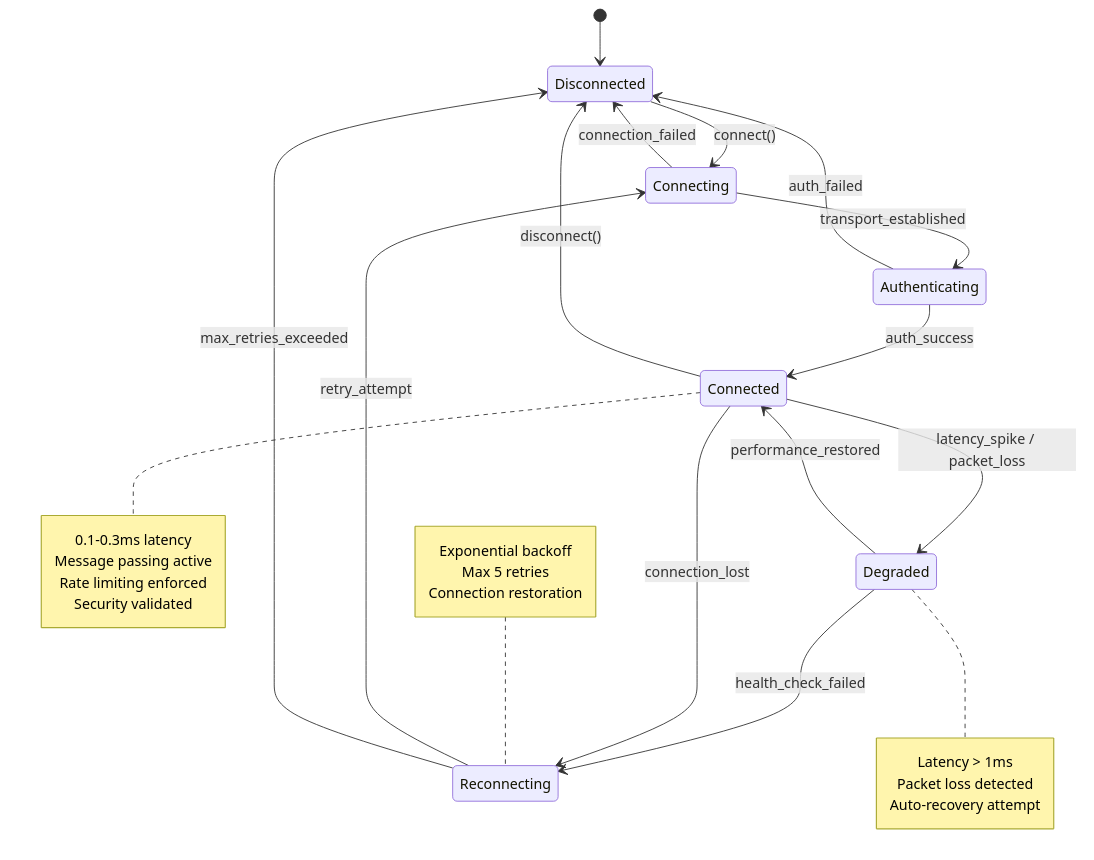
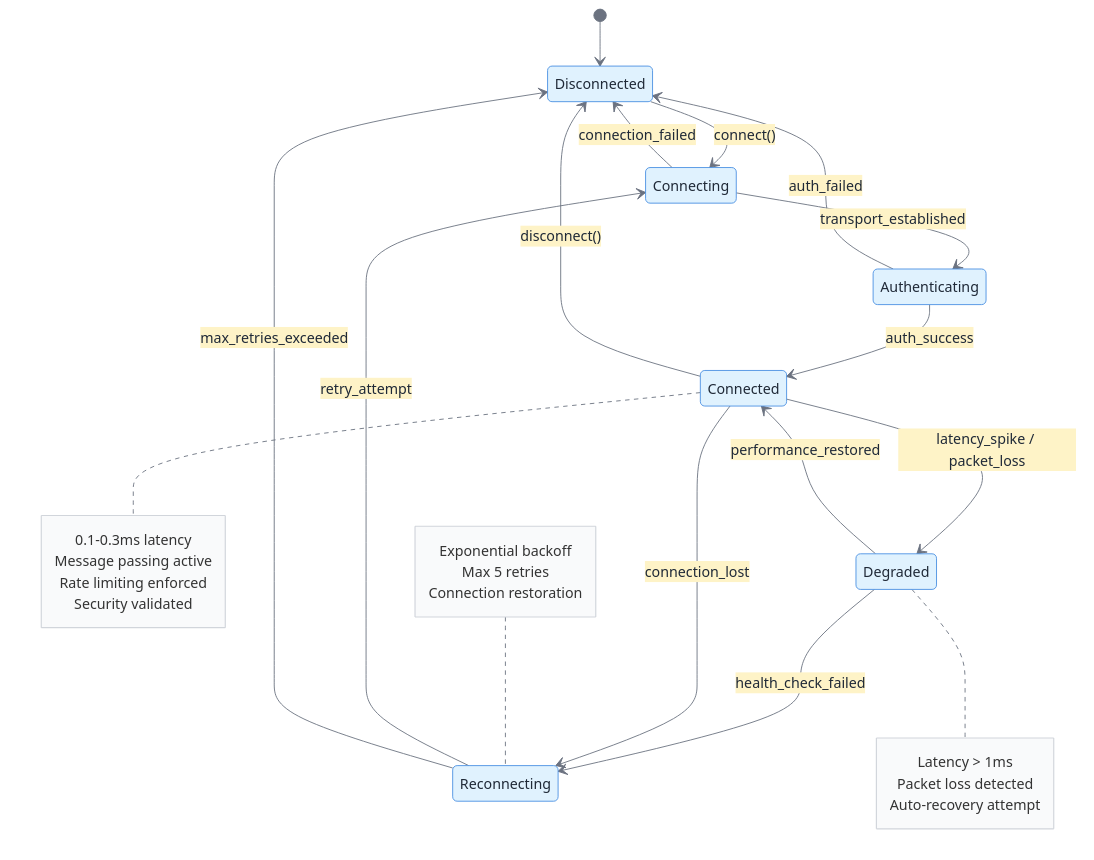
Before and after one commit to Symphony-aide/Symphony: the sixth of 10 diagrams in STATE_DIAGRAM.md, drawn with Mermaid. The commit also changed other lines of this file and 2 other files, not shown here.

````diff
--- a/STATE_DIAGRAM.md
+++ b/STATE_DIAGRAM.md
@@ -336,40 +341,41 @@
 ```mermaid
+%%{init: {'theme':'base', 'themeVariables': { 'primaryColor':'#e0f2fe', 'primaryTextColor':'#1f2937', 'primaryBorderColor':'#4a90e2', 'lineColor':'#6b7280', 'secondaryColor':'#fef3c7', 'tertiaryColor':'#f0f9ff', 'noteBkgColor':'#f9fafb', 'noteBorderColor':'#d1d5db'}}}%%
 stateDiagram-v2
     [*] --> Disconnected
-    
-    Disconnected --> Connecting: connect()
-    Connecting --> Authenticating: transport_established
-    Connecting --> Disconnected: connection_failed
-    
-    Authenticating --> Connected: auth_success
-    Authenticating --> Disconnected: auth_failed
-    
-    Connected --> Degraded: latency_spike / packet_loss
-    Degraded --> Connected: performance_restored
-    Degraded --> Reconnecting: health_check_failed
-    
-    Connected --> Reconnecting: connection_lost
-    Reconnecting --> Connecting: retry_attempt
-    Reconnecting --> Disconnected: max_retries_exceeded
-    
-    Connected --> Disconnected: disconnect()
+
+    Disconnected --> Connecting : connect()
+    Connecting --> Authenticating : transport_established
+    Connecting --> Disconnected : connection_failed
+
+    Authenticating --> Connected : auth_success
+    Authenticating --> Disconnected : auth_failed
+
+    Connected --> Degraded : latency_spike / packet_loss
+    Degraded --> Connected : performance_restored
+    Degraded --> Reconnecting : health_check_failed
+
+    Connected --> Reconnecting : connection_lost
+    Reconnecting --> Connecting : retry_attempt
+    Reconnecting --> Disconnected : max_retries_exceeded
+
+    Connected --> Disconnected : disconnect()
     
     note right of Connected
         0.1-0.3ms latency
         Message passing active
         Rate limiting enforced
         Security validated
     end note
     
     note right of Degraded
         Latency > 1ms
         Packet loss detected
         Auto-recovery attempt
     end note
     
     note left of Reconnecting
         Exponential backoff
         Max 5 retries
         Connection restoration
     end note
 ```
````
